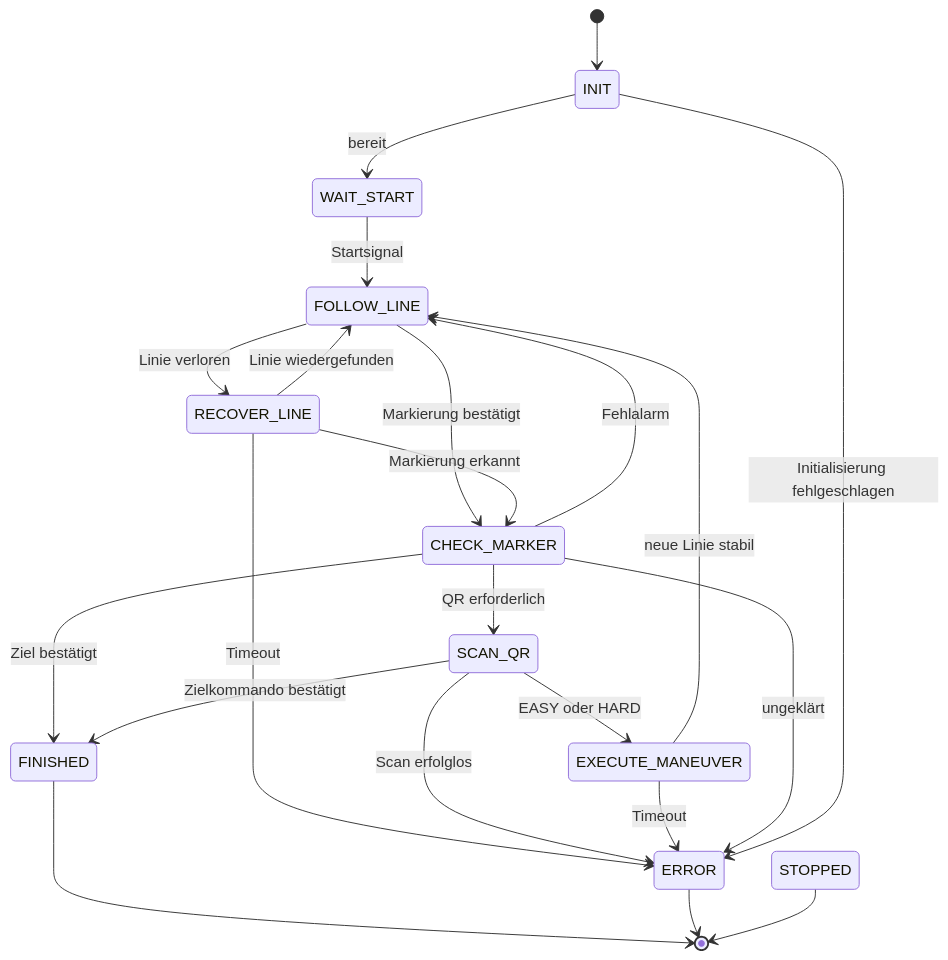
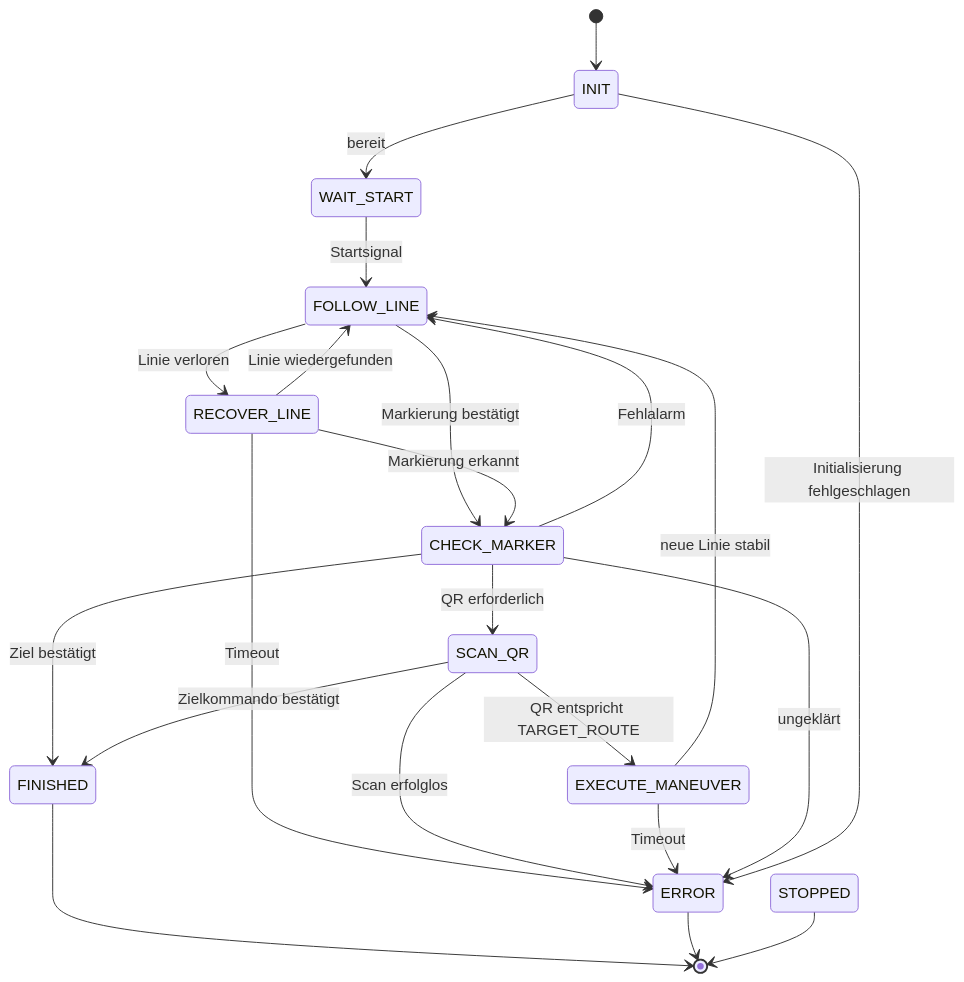
Before and after one commit to FrozenGin/KOSTAL26: the diagram in docs/version2-plan.md, drawn with Mermaid. The commit also changed other lines of this file, not shown here.

````diff
--- a/docs/version2-plan.md
+++ b/docs/version2-plan.md
@@ -76,24 +82,24 @@
 ```mermaid
 stateDiagram-v2
     [*] --> INIT
     INIT --> WAIT_START: bereit
     WAIT_START --> FOLLOW_LINE: Startsignal
     FOLLOW_LINE --> CHECK_MARKER: Markierung bestätigt
     CHECK_MARKER --> FOLLOW_LINE: Fehlalarm
     CHECK_MARKER --> SCAN_QR: QR erforderlich
     CHECK_MARKER --> FINISHED: Ziel bestätigt
-    SCAN_QR --> EXECUTE_MANEUVER: EASY oder HARD
+    SCAN_QR --> EXECUTE_MANEUVER: QR entspricht TARGET_ROUTE
     SCAN_QR --> FINISHED: Zielkommando bestätigt
     EXECUTE_MANEUVER --> FOLLOW_LINE: neue Linie stabil
     FOLLOW_LINE --> RECOVER_LINE: Linie verloren
     RECOVER_LINE --> FOLLOW_LINE: Linie wiedergefunden
     RECOVER_LINE --> CHECK_MARKER: Markierung erkannt
     RECOVER_LINE --> ERROR: Timeout
     SCAN_QR --> ERROR: Scan erfolglos
     EXECUTE_MANEUVER --> ERROR: Timeout
     CHECK_MARKER --> ERROR: ungeklärt
     INIT --> ERROR: Initialisierung fehlgeschlagen
     FINISHED --> [*]
     ERROR --> [*]
     STOPPED --> [*]
 ```
````
